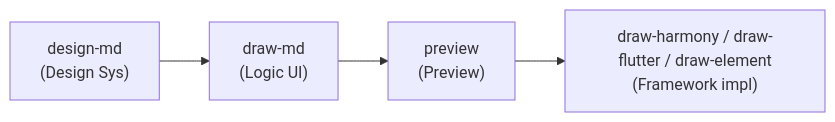
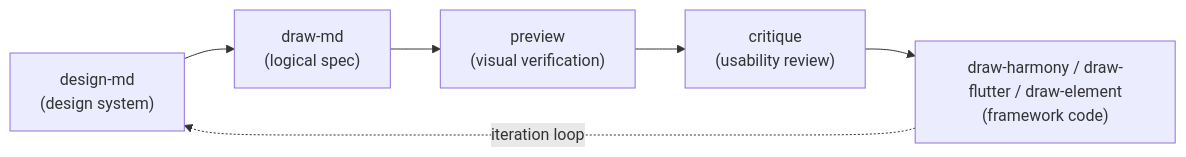
One commit to Kirky-X/maliang changed the diagram in README_EN.md. Above: the diagram before and after it, drawn with Mermaid. The commit also changed other lines of this file and 1 other file, not shown here.

````diff
--- a/README_EN.md
+++ b/README_EN.md
@@ -152,6 +64,8 @@
 ```mermaid
 flowchart LR
-    A["design-md<br/>(Design Sys)"] --> B["draw-md<br/>(Logic UI)"]
-    B --> C["preview<br/>(Preview)"]
-    C --> D["draw-harmony / draw-flutter / draw-element<br/>(Framework impl)"]
+    A["design-md<br/>(design system)"] --> B["draw-md<br/>(logical spec)"]
+    B --> C["preview<br/>(visual verification)"]
+    C --> D["critique<br/>(usability review)"]
+    D --> E["draw-harmony / draw-flutter / draw-element<br/>(framework code)"]
+    E -.iteration loop.-> A
 ```
````
